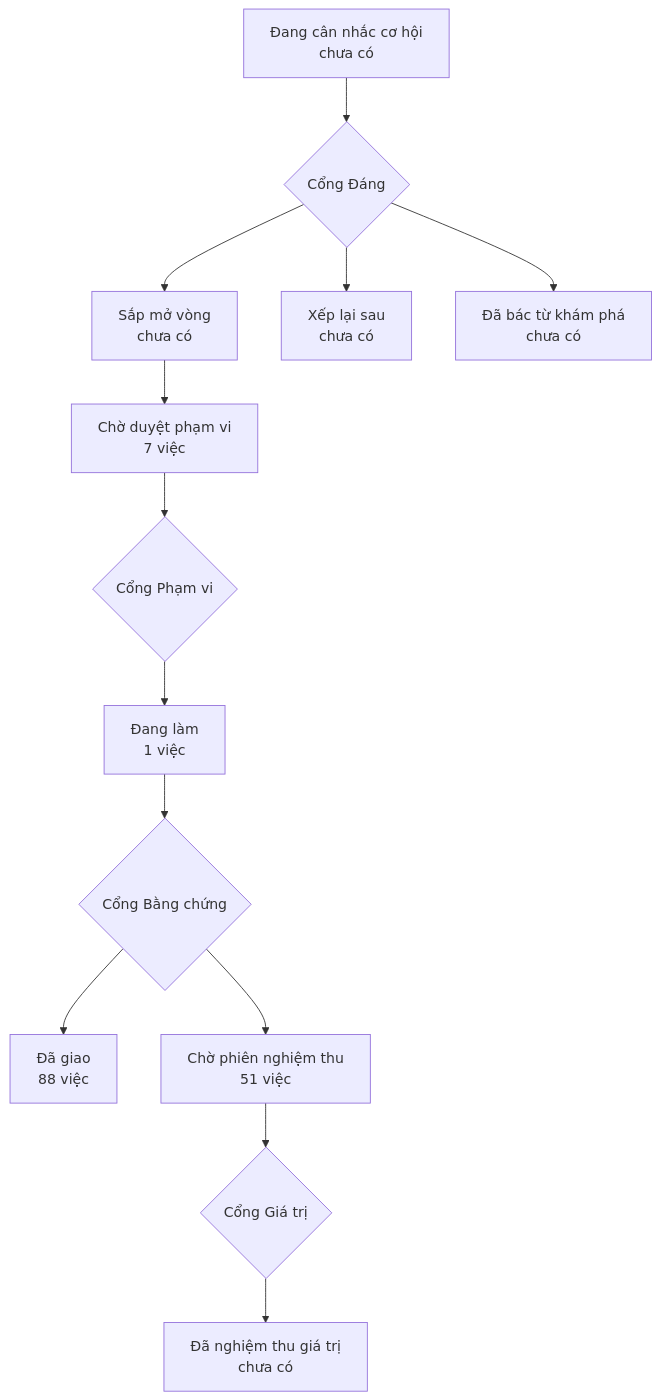
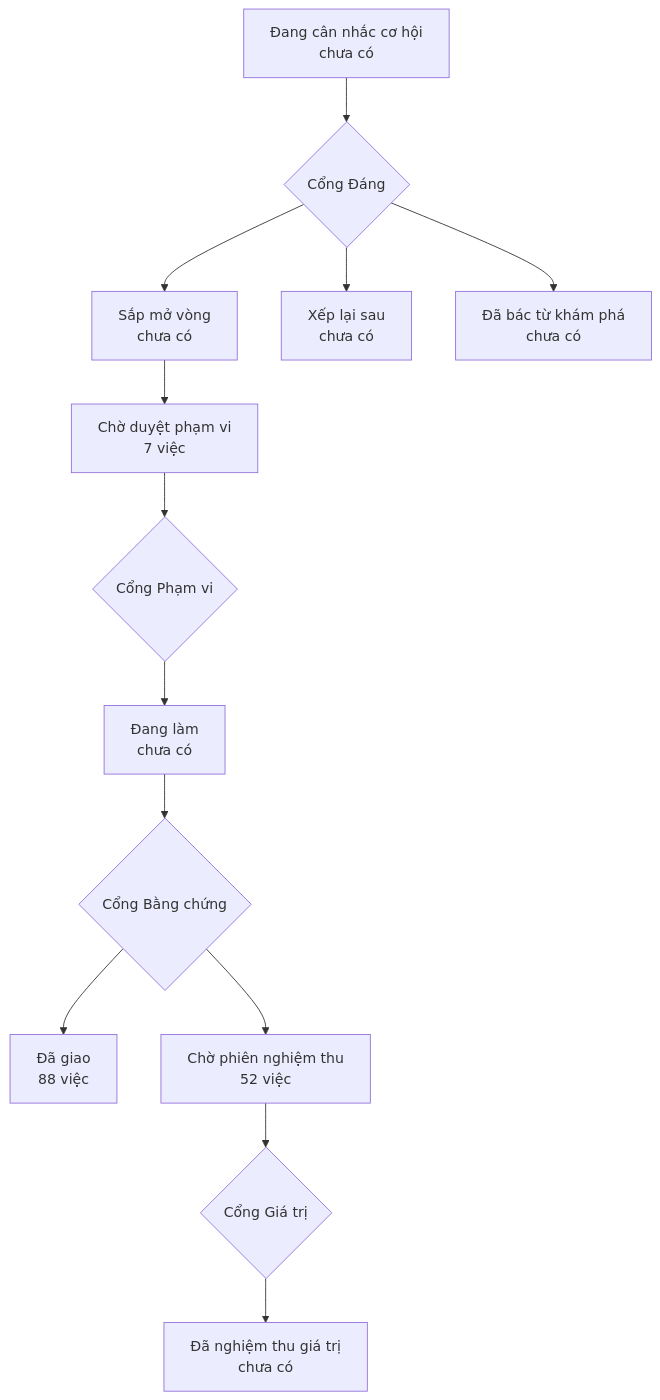
Before and after one commit to phanlemanh/onehub-invest: the diagram in PRODUCT-MAP.md, drawn with Mermaid. The commit also changed other lines of this file and 4 other files, not shown here.

````diff
--- a/PRODUCT-MAP.md
+++ b/PRODUCT-MAP.md
@@ -7,12 +7,12 @@
 ```mermaid
 flowchart TD
   A["Đang cân nhắc cơ hội<br/>chưa có"] --> GD{"Cổng Đáng"}
   GD --> B["Sắp mở vòng<br/>chưa có"]
   GD --> XL["Xếp lại sau<br/>chưa có"]
   GD --> DB["Đã bác từ khám phá<br/>chưa có"]
   B --> CD["Chờ duyệt phạm vi<br/>7 việc"] --> GP{"Cổng Phạm vi"}
-  GP --> DL["Đang làm<br/>1 việc"] --> GB{"Cổng Bằng chứng"}
+  GP --> DL["Đang làm<br/>chưa có"] --> GB{"Cổng Bằng chứng"}
   GB --> DG["Đã giao<br/>88 việc"]
-  GB --> CN["Chờ phiên nghiệm thu<br/>51 việc"] --> GG{"Cổng Giá trị"}
+  GB --> CN["Chờ phiên nghiệm thu<br/>52 việc"] --> GG{"Cổng Giá trị"}
   GG --> NT["Đã nghiệm thu giá trị<br/>chưa có"]
 ```
````
